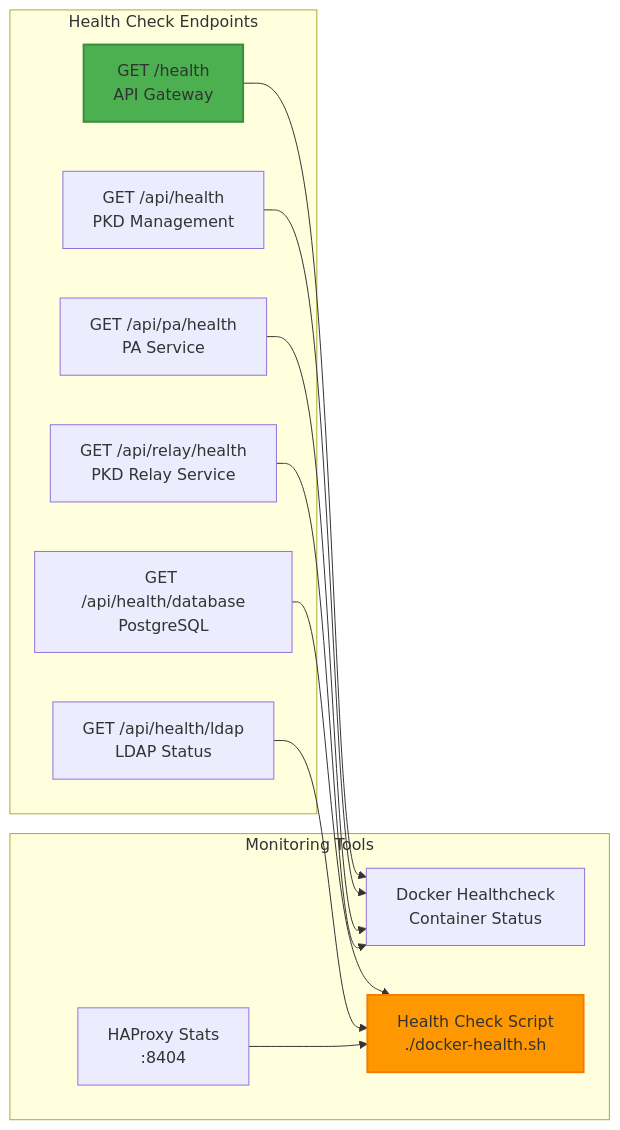
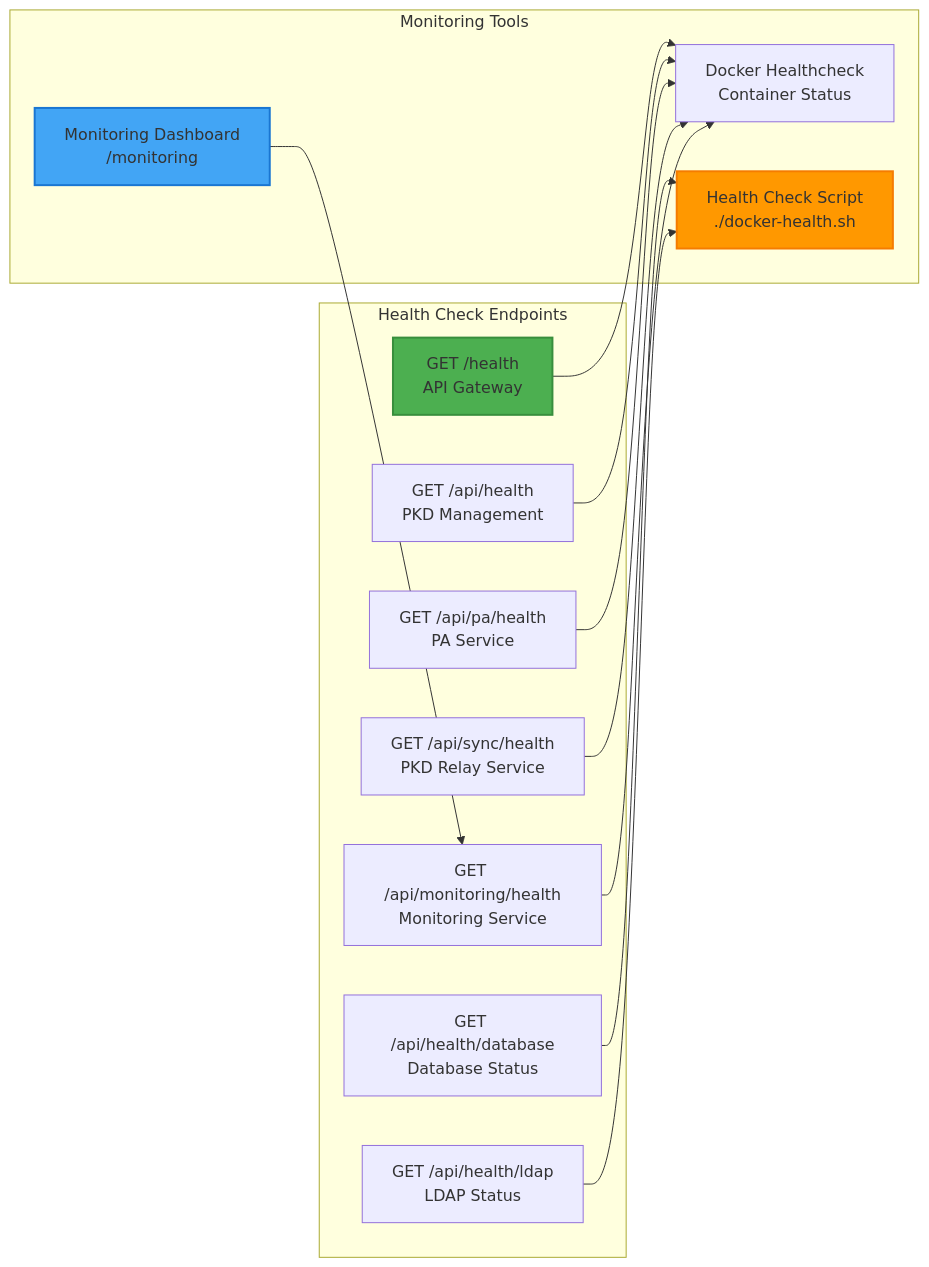
Diagram 16 of 16 in docs/SOFTWARE_ARCHITECTURE.md (iland112/icao-local-pkd-cpp), drawn with Mermaid before and after one commit. The commit also changed other lines of this file and 7 other files, not shown here.

First line of the commit message:
docs: Update all documentation to v2.11.0 — architecture rewrite, security audit resolution, version sync

````diff
--- a/docs/SOFTWARE_ARCHITECTURE.md
+++ b/docs/SOFTWARE_ARCHITECTURE.md
@@ -1326,29 +1438,32 @@
 ```mermaid
 graph LR
     subgraph "Health Check Endpoints"
         GW[GET /health<br/>API Gateway]
         PKD_H[GET /api/health<br/>PKD Management]
         PA_H[GET /api/pa/health<br/>PA Service]
-        Relay_H[GET /api/relay/health<br/>PKD Relay Service]
-        DB_H[GET /api/health/database<br/>PostgreSQL]
+        Relay_H[GET /api/sync/health<br/>PKD Relay Service]
+        Mon_H[GET /api/monitoring/health<br/>Monitoring Service]
+        DB_H[GET /api/health/database<br/>Database Status]
         LDAP_H[GET /api/health/ldap<br/>LDAP Status]
     end
 
     subgraph "Monitoring Tools"
         Docker[Docker Healthcheck<br/>Container Status]
         Script[Health Check Script<br/>./docker-health.sh]
-        HAStats[HAProxy Stats<br/>:8404]
+        MonDash[Monitoring Dashboard<br/>/monitoring]
     end
 
     GW --> Docker
     PKD_H --> Docker
     PA_H --> Docker
     Relay_H --> Docker
+    Mon_H --> Docker
 
     DB_H --> Script
     LDAP_H --> Script
-    HAStats --> Script
+    MonDash --> Mon_H
 
     style GW fill:#4CAF50,stroke:#388E3C,stroke-width:2px
     style Script fill:#FF9800,stroke:#F57C00,stroke-width:2px
+    style MonDash fill:#42A5F5,stroke:#1976D2,stroke-width:2px
 ```
````
